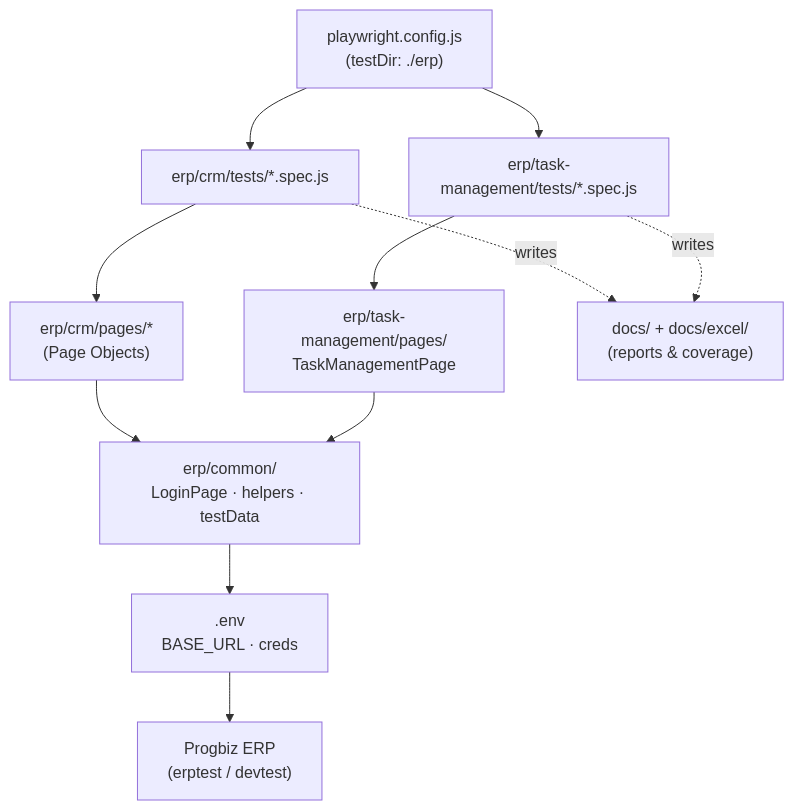
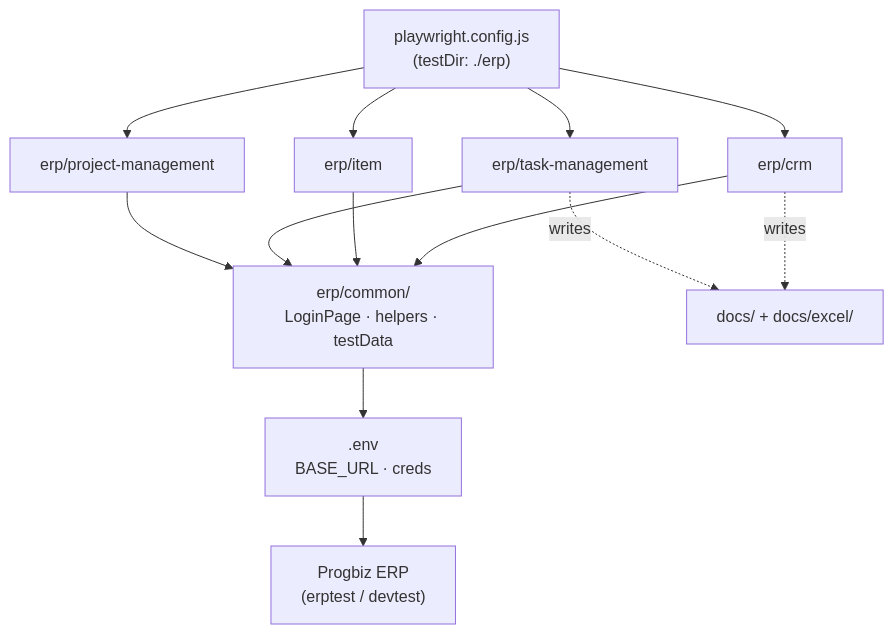
The first of 2 diagrams in README.md (vismayatk/Progbiz-erp-testers), drawn with Mermaid before and after one commit. The commit also changed other lines of this file and 10 other files, not shown here.

First line of the commit message:
refactor(erp): split into 4 modules (crm, item, task-management, project-management)

````diff
--- a/README.md
+++ b/README.md
@@ -57,17 +60,18 @@
 ```mermaid
 flowchart TD
-    CFG["playwright.config.js\n(testDir: ./erp)"] --> CRM["erp/crm/tests/*.spec.js"]
-    CFG --> TM["erp/task-management/tests/*.spec.js"]
+    CFG["playwright.config.js\n(testDir: ./erp)"] --> CRM["erp/crm"]
+    CFG --> ITEM["erp/item"]
+    CFG --> TM["erp/task-management"]
+    CFG --> PM["erp/project-management"]
 
-    CRM --> CP["erp/crm/pages/*\n(Page Objects)"]
-    TM  --> TP["erp/task-management/pages/\nTaskManagementPage"]
-
-    CP --> COM["erp/common/\nLoginPage · helpers · testData"]
-    TP --> COM
+    CRM --> COM["erp/common/\nLoginPage · helpers · testData"]
+    ITEM --> COM
+    TM  --> COM
+    PM  --> COM
 
     COM --> ENV[".env\nBASE_URL · creds"]
     ENV --> APP["Progbiz ERP\n(erptest / devtest)"]
 
-    CRM -. writes .-> DOCS["docs/ + docs/excel/\n(reports & coverage)"]
+    CRM -. writes .-> DOCS["docs/ + docs/excel/"]
     TM  -. writes .-> DOCS
 ```
````
